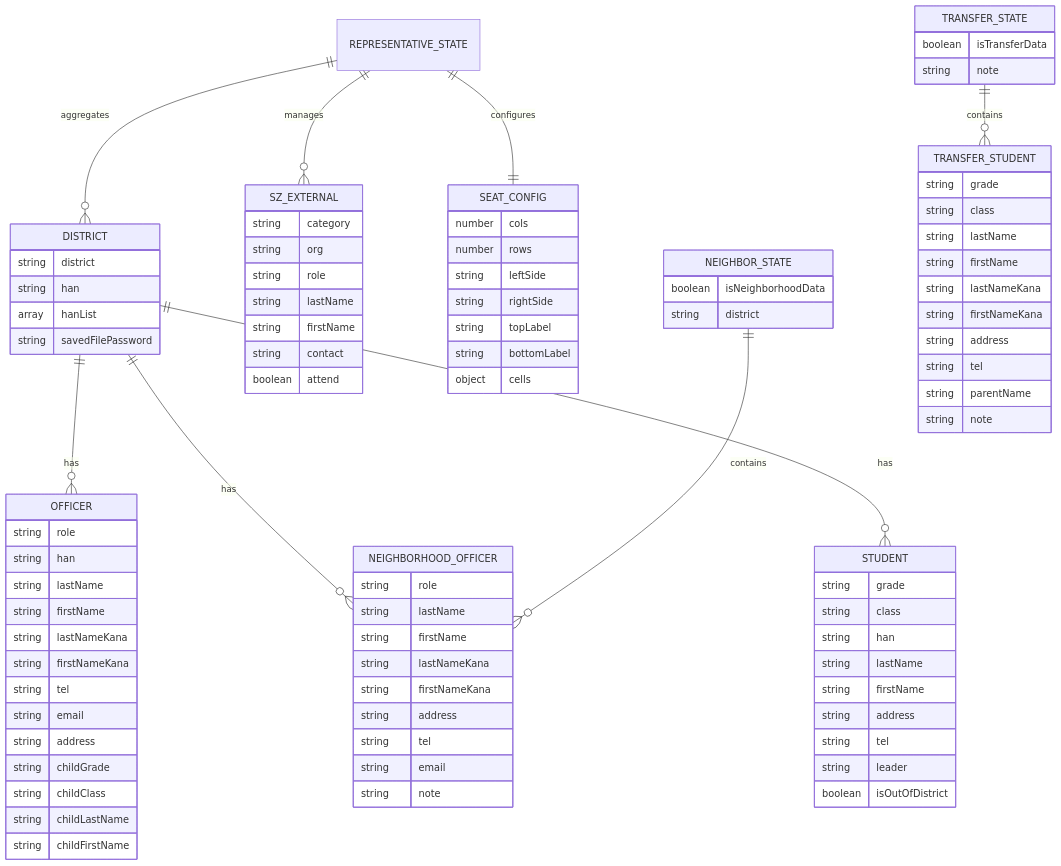
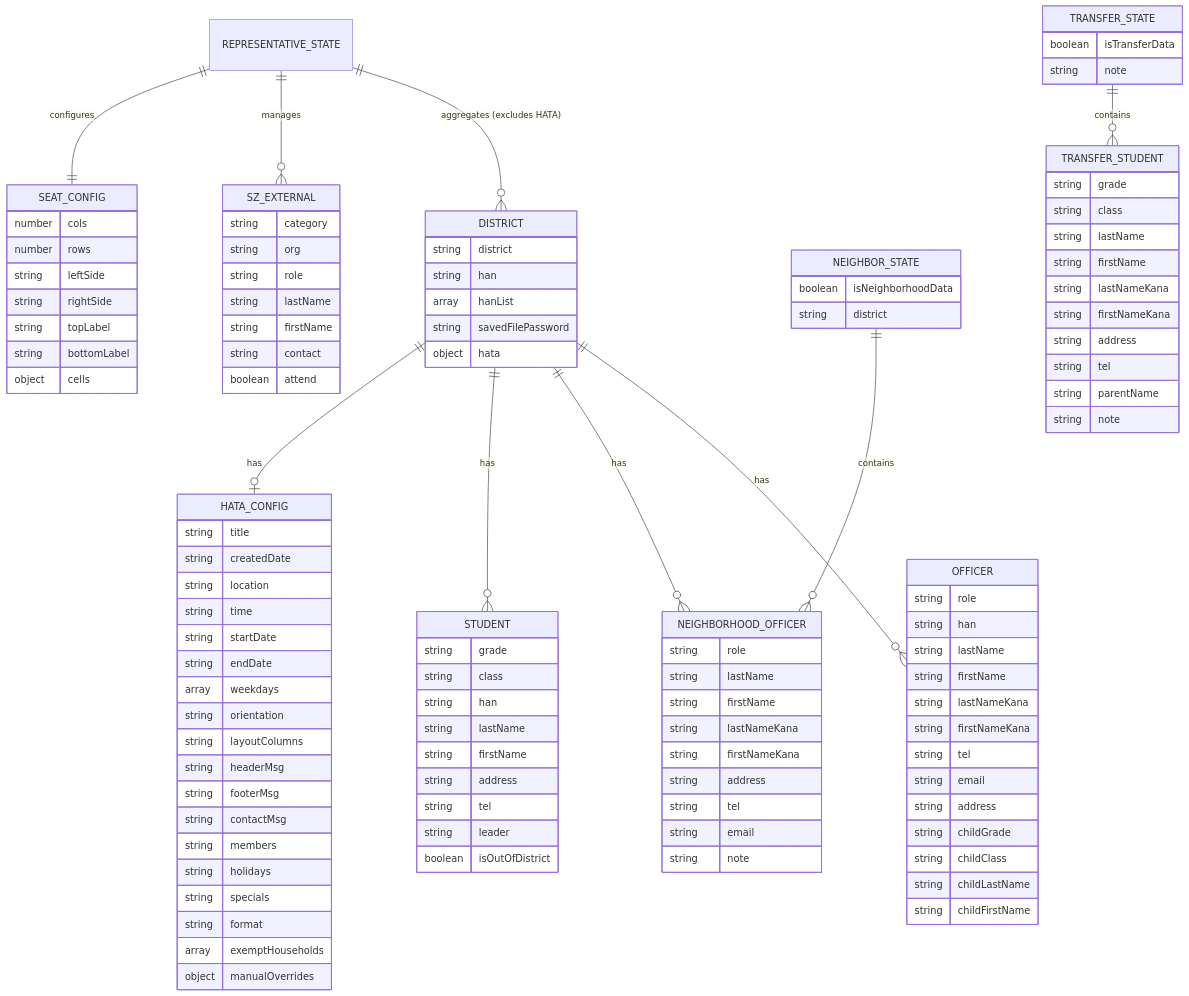
Before and after one commit to tekuteku-life/kogaidocs: the fourth of 4 diagrams in docs/system_design.md, drawn with Mermaid. The commit also changed other lines of this file and 19 other files, not shown here.

```diff
--- a/docs/system_design.md
+++ b/docs/system_design.md
@@ -378,8 +390,9 @@
 	DISTRICT ||--o{ OFFICER : "has"
 	DISTRICT ||--o{ NEIGHBORHOOD_OFFICER : "has"
 	DISTRICT ||--o{ STUDENT : "has"
+	DISTRICT ||--o| HATA_CONFIG : "has"
 
-	REPRESENTATIVE_STATE ||--o{ DISTRICT : "aggregates"
+	REPRESENTATIVE_STATE ||--o{ DISTRICT : "aggregates (excludes HATA)"
 	REPRESENTATIVE_STATE ||--o{ SZ_EXTERNAL : "manages"
 	REPRESENTATIVE_STATE ||--|| SEAT_CONFIG : "configures"
 
@@ -392,6 +405,27 @@
 		string han
 		array hanList
 		string savedFilePassword
+		object hata
+	}
+	HATA_CONFIG {
+		string title
+		string createdDate
+		string location
+		string time
+		string startDate
+		string endDate
+		array weekdays
+		string orientation
+		string layoutColumns
+		string headerMsg
+		string footerMsg
+		string contactMsg
+		string members
+		string holidays
+		string specials
+		string format
+		array exemptHouseholds
+		object manualOverrides
 	}
 	NEIGHBOR_STATE {
 		boolean isNeighborhoodData
```
